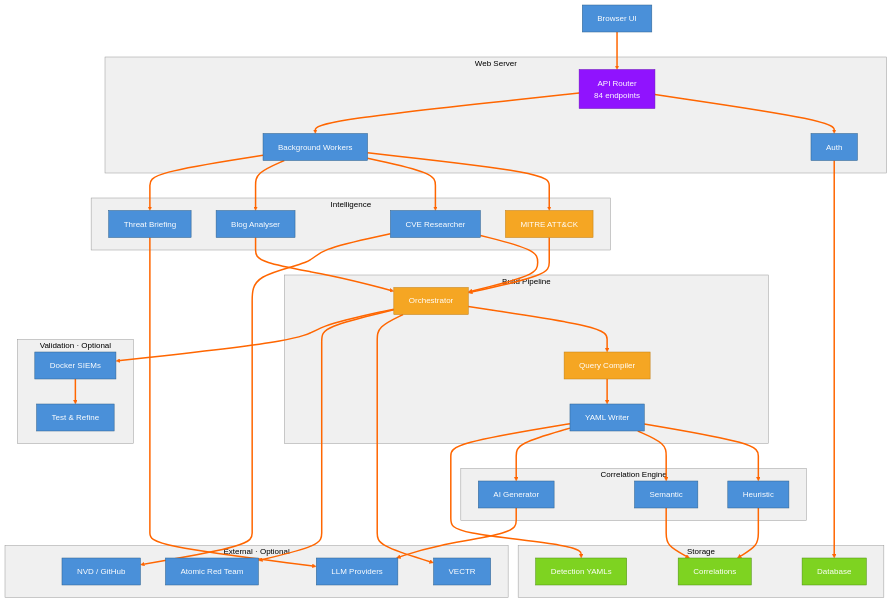
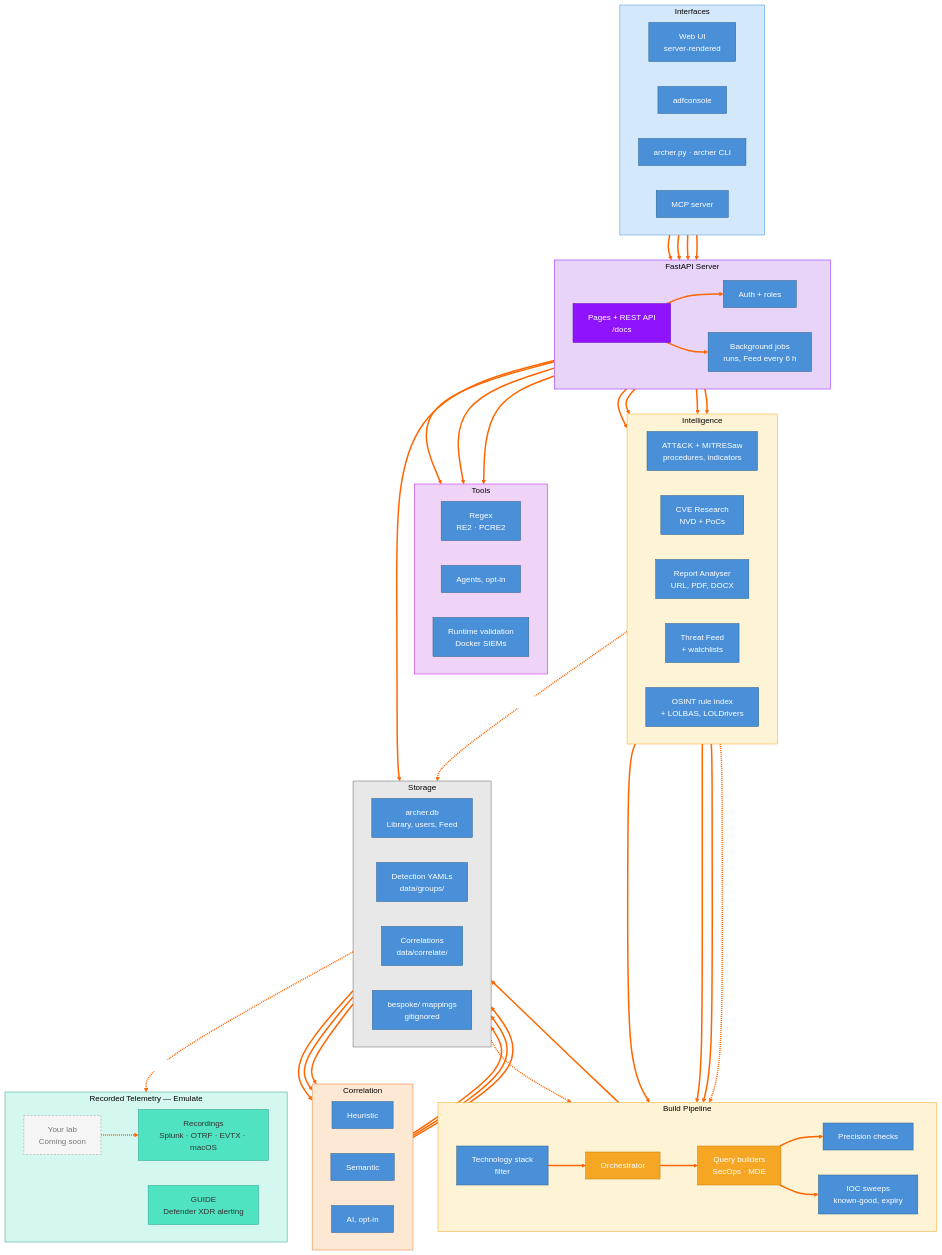
One commit to cmdaltr/shikari changed the sixth of 13 diagrams in docs/architecture/mermaid/MERMAID_DIAGRAMS.md. Above: the diagram before and after it, drawn with Mermaid. The commit also changed other lines of this file and 61 other files, not shown here.

First line of the commit message:
Docs: recording a lab (coming soon), current state throughout (#22)

````diff
--- a/docs/architecture/mermaid/MERMAID_DIAGRAMS.md
+++ b/docs/architecture/mermaid/MERMAID_DIAGRAMS.md
@@ -348,88 +364,98 @@
 ```mermaid
 %%{init: {'theme': 'base', 'themeVariables': {'lineColor': '#ff6600', 'edgeLabelBackground': '#ffffff', 'primaryColor': '#4a90d9', 'primaryTextColor': '#ffffff', 'primaryBorderColor': '#2c5f8a', 'secondaryColor': '#e8e8e8', 'tertiaryColor': '#f5f5f5', 'clusterBkg': '#f0f0f0', 'clusterBorder': '#999999', 'titleColor': '#000000', 'nodeTextColor': '#000000', 'background': '#ffffff'}}}%%
-graph TD
-    UI["Browser UI"]
+graph TB
+    subgraph IFACE ["Interfaces"]
+        direction LR
+        WEB["Web UI<br/>server-rendered"]
+        CON["adfconsole"]
+        CLI["archer.py · archer CLI"]
+        MCP["MCP server"]
+    end
 
-    subgraph SERVER ["Web Server"]
-        API["API Router<br/>84 endpoints"]
-        AUTH["Auth"]
-        BG["Background Workers"]
+    subgraph SERVER ["FastAPI Server"]
+        direction LR
+        API["Pages + REST API<br/>/docs"]
+        AUTH["Auth + roles"]
+        JOBS["Background jobs<br/>runs, Feed every 6 h"]
     end
 
     subgraph INTEL ["Intelligence"]
-        MITRE["MITRE ATT&CK"]
-        CVE_HUNT["CVE Researcher"]
-        BLOG["Blog Analyser"]
-        BRIEFING["Threat Briefing"]
+        direction LR
+        MITRE["ATT&CK + MITRESaw<br/>procedures, indicators"]
+        CVE["CVE Research<br/>NVD + PoCs"]
+        REPORT["Report Analyser<br/>URL, PDF, DOCX"]
+        FEED["Threat Feed<br/>+ watchlists"]
+        OSINT["OSINT rule index<br/>+ LOLBAS, LOLDrivers"]
     end
 
-    subgraph PIPELINE ["Build Pipeline"]
+    subgraph PIPE ["Build Pipeline"]
+        direction LR
+        STACK["Technology stack<br/>filter"]
         ORCH["Orchestrator"]
-        COMPILE["Query Compiler"]
-        YAML_W["YAML Writer"]
+        BUILD["Query builders<br/>SecOps · MDE"]
+        PREC["Precision checks"]
+        IOC["IOC sweeps<br/>known-good, expiry"]
     end
 
-    subgraph CORR_ENG ["Correlation Engine"]
+    subgraph CORR ["Correlation"]
+        direction LR
         HEUR["Heuristic"]
         SEM["Semantic"]
-        AIGEN["AI Generator"]
+        AIC["AI, opt-in"]
     end
 
-    subgraph VALID ["Validation · Optional"]
-        DOCKER["Docker SIEMs"]
-        TESTER["Test & Refine"]
+    subgraph TEL ["Recorded Telemetry — Emulate"]
+        direction LR
+        REC["Recordings<br/>Splunk · OTRF · EVTX · macOS"]
+        GUIDE["GUIDE<br/>Defender XDR alerting"]
+        LAB["Your lab<br/>Coming soon"]
     end
 
-    subgraph EXT ["External · Optional"]
-        LLM_P["LLM Providers"]
-        VECTR_I["VECTR"]
-        ATOMIC_I["Atomic Red Team"]
-        NVD["NVD / GitHub"]
+    subgraph TOOLS ["Tools"]
+        direction LR
+        REGEX["Regex<br/>RE2 · PCRE2"]
+        AGENTS["Agents, opt-in"]
+        VAL["Runtime validation<br/>Docker SIEMs"]
     end
 
     subgraph STORE ["Storage"]
-        YAMLS["Detection YAMLs"]
-        CORR_F["Correlations"]
-        DB["Database"]
+        direction LR
+        DB["archer.db<br/>Library, users, Feed"]
+        YAML["Detection YAMLs<br/>data/groups/"]
+        CJSON["Correlations<br/>data/correlate/"]
+        BESPOKE["bespoke/ mappings<br/>gitignored"]
     end
 
-    UI --> API
+    WEB & CON & CLI & MCP --> API
     API --> AUTH
-    API --> BG
+    API --> JOBS
+    JOBS --> MITRE & CVE & REPORT & FEED
+    MITRE & CVE & REPORT --> STACK --> ORCH --> BUILD --> PREC
+    BUILD --> IOC
+    BESPOKE -.-> BUILD
+    OSINT -.-> BUILD
+    PREC --> YAML
+    YAML --> HEUR & SEM & AIC
+    HEUR & SEM & AIC --> CJSON
+    OSINT -.->|"inherited"| CJSON
+    YAML -.->|"indicators checked"| REC
+    LAB -.-> REC
+    API --> REGEX & AGENTS & VAL
+    API --> DB
 
-    BG --> MITRE
-    BG --> CVE_HUNT
-    BG --> BLOG
-    BG --> BRIEFING
-
-    MITRE --> ORCH
-    CVE_HUNT --> ORCH
-    BLOG --> ORCH
-    ORCH --> COMPILE --> YAML_W
-
-    YAML_W --> HEUR
-    YAML_W --> SEM
-    YAML_W --> AIGEN
-
-    YAML_W --> YAMLS
-    HEUR --> CORR_F
-    SEM --> CORR_F
-    AUTH --> DB
-
-    AIGEN --> LLM_P
-    BRIEFING --> LLM_P
-    CVE_HUNT --> NVD
-    ORCH --> VECTR_I
-    ORCH --> ATOMIC_I
-    ORCH --> DOCKER --> TESTER
-
-    style UI fill:#4a90d9,stroke:#2c5f8a,color:#fff
+    style IFACE fill:#d4e8fc,stroke:#4a90d9
+    style SERVER fill:#e8d4f8,stroke:#9013fe
+    style INTEL fill:#fef3d4,stroke:#f5a623
+    style PIPE fill:#fef3d4,stroke:#f5a623
+    style CORR fill:#fde8d4,stroke:#e8752a
+    style TEL fill:#d4f8ef,stroke:#2ca089
+    style TOOLS fill:#f0d4f8,stroke:#bd10e0
+    style STORE fill:#e8e8e8,stroke:#666
     style API fill:#9013fe,stroke:#6b0fb8,color:#fff
     style ORCH fill:#f5a623,stroke:#c17d10,color:#fff
-    style COMPILE fill:#f5a623,stroke:#c17d10,color:#fff
-    style MITRE fill:#f5a623,stroke:#c17d10,color:#fff
-    style YAMLS fill:#7ed321,stroke:#4a8c0f,color:#fff
-    style CORR_F fill:#7ed321,stroke:#4a8c0f,color:#fff
-    style DB fill:#7ed321,stroke:#4a8c0f,color:#fff
+    style BUILD fill:#f5a623,stroke:#c17d10,color:#fff
+    style REC fill:#50e3c2,stroke:#2ca089,color:#333
+    style GUIDE fill:#50e3c2,stroke:#2ca089,color:#333
+    style LAB fill:#f5f5f5,stroke:#999,stroke-dasharray:4 3,color:#777
     linkStyle default stroke:#ff6600,stroke-width:3px
 ```
````
